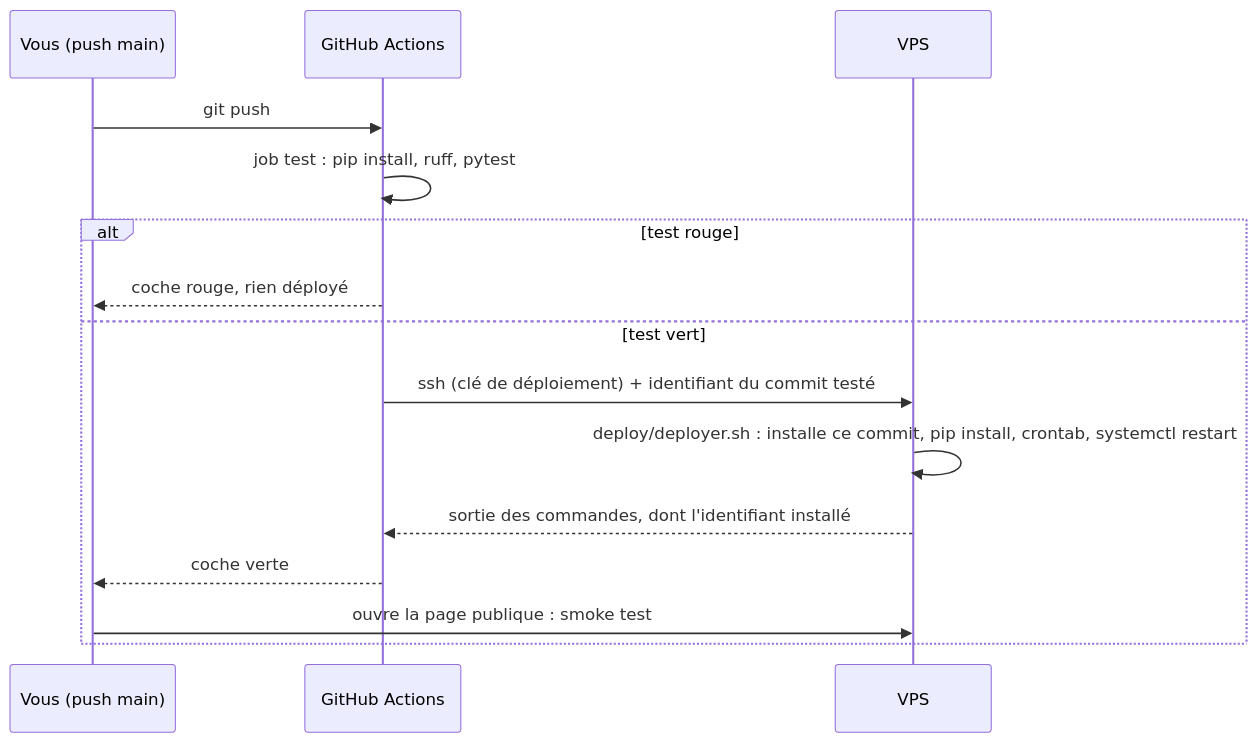
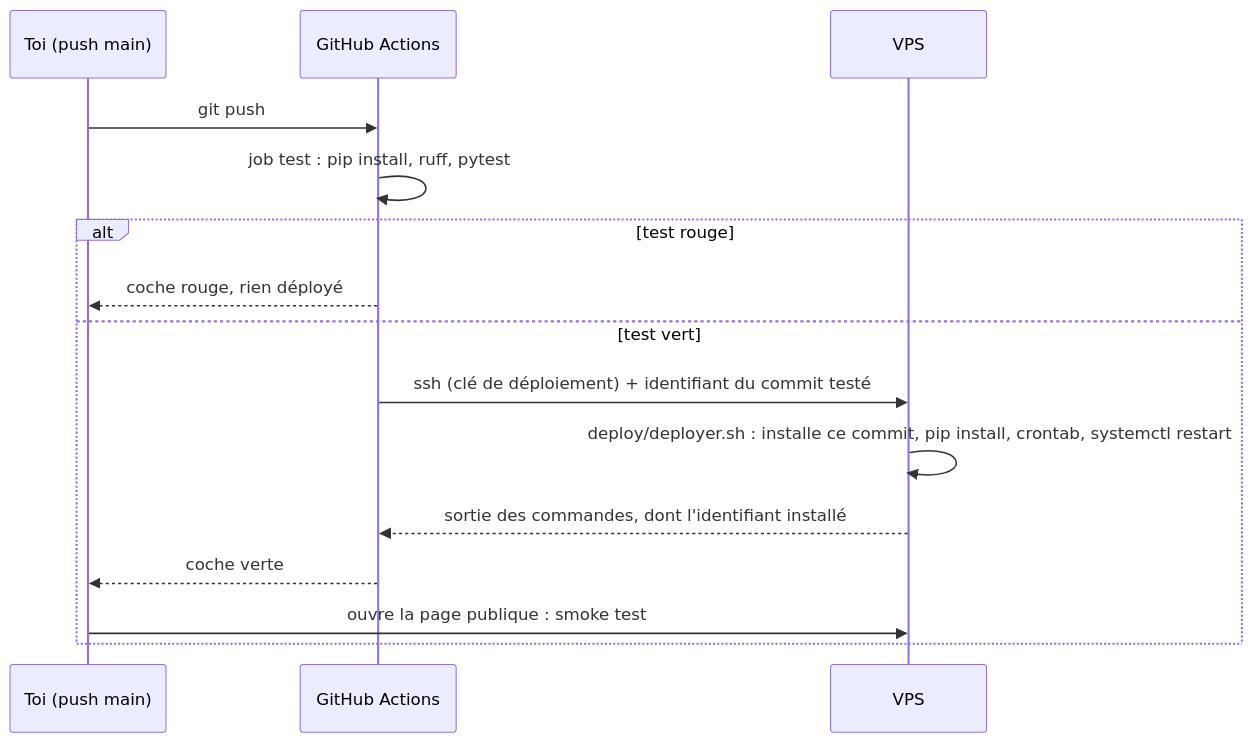
Before and after one commit to lecinquiemejour-code/goodvibe-tuto: diagram 36 of 42 in tuto-goodvibe-vibecoding.md, drawn with Mermaid. The commit also changed other lines of this file, not shown here.

Commit message:
docs(tuto): les fiches 8 à 14 tutoient le pilote ; « À vous d'abord » devient « À toi d'abord »

````diff
--- a/tuto-goodvibe-vibecoding.md
+++ b/tuto-goodvibe-vibecoding.md
@@ -1904,17 +1904,17 @@
 ```mermaid
 sequenceDiagram
-    participant D as Vous (push main)
+    participant D as Toi (push main)
     participant GH as GitHub Actions
     participant V as VPS
     D->>GH: git push
     GH->>GH: job test : pip install, ruff, pytest
     alt test rouge
         GH-->>D: coche rouge, rien déployé
     else test vert
         GH->>V: ssh (clé de déploiement) + identifiant du commit testé
         V->>V: deploy/deployer.sh : installe ce commit, pip install, crontab, systemctl restart
         V-->>GH: sortie des commandes, dont l'identifiant installé
         GH-->>D: coche verte
         D->>V: ouvre la page publique : smoke test
     end
 ```
````
